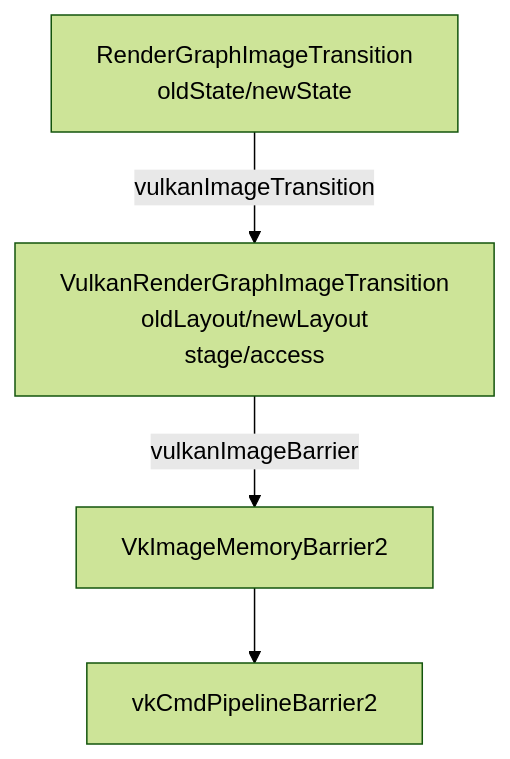
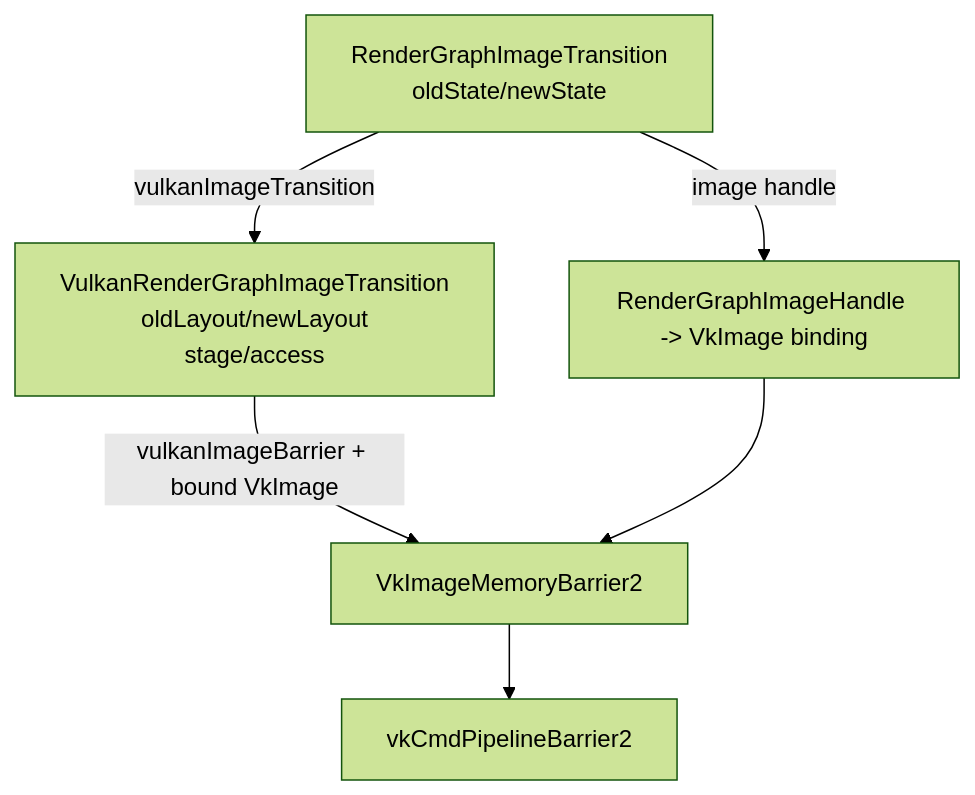
One commit to 66six11/Engine changed the eighth of 9 diagrams in docs/flow-architecture.md. Above: the diagram before and after it, drawn with Mermaid (forest theme). The commit also changed other lines of this file and 6 other files, not shown here.

Commit message:
Harden render graph Vulkan frame recording

````diff
--- a/docs/flow-architecture.md
+++ b/docs/flow-architecture.md
@@ -238,11 +239,14 @@
 ```mermaid
 flowchart TD
     RGTransition["RenderGraphImageTransition<br/>oldState/newState"]
+    Binding["RenderGraphImageHandle -> VkImage binding"]
     VkTransition["VulkanRenderGraphImageTransition<br/>oldLayout/newLayout<br/>stage/access"]
     Barrier["VkImageMemoryBarrier2"]
     CmdBarrier["vkCmdPipelineBarrier2"]
 
     RGTransition -->|"vulkanImageTransition"| VkTransition
-    VkTransition -->|"vulkanImageBarrier"| Barrier
+    RGTransition -->|"image handle"| Binding
+    VkTransition -->|"vulkanImageBarrier + bound VkImage"| Barrier
+    Binding --> Barrier
     Barrier --> CmdBarrier
 ```
````
